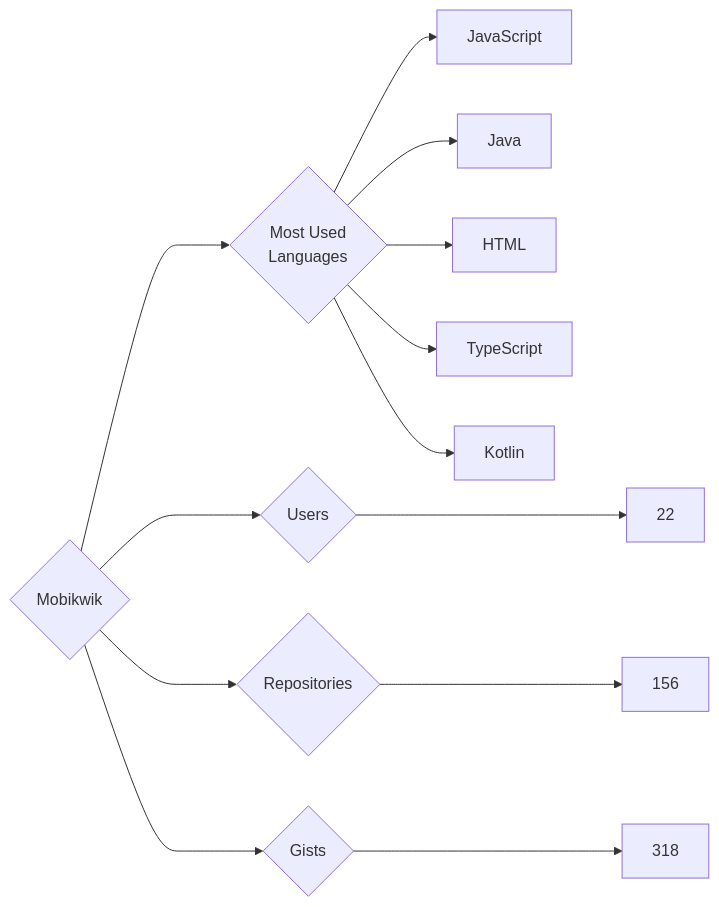
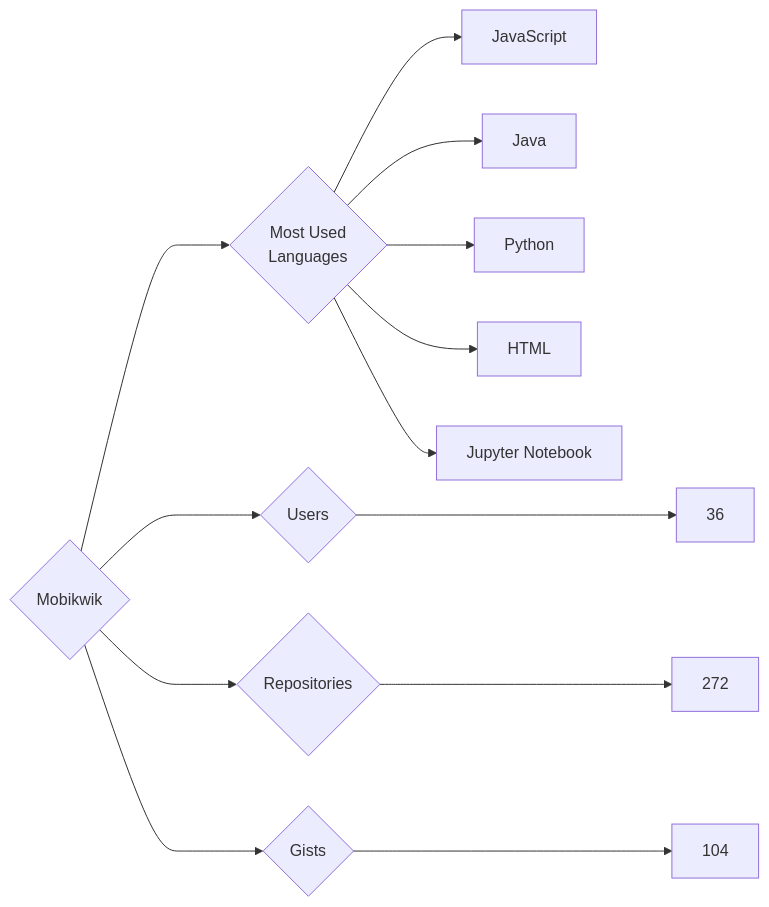
One commit to trickest/insiders changed the diagram in targets/Mobikwik/README.md. Above: the diagram before and after it, drawn with Mermaid. The commit also changed 835 other files, not shown here.

````diff
--- a/targets/Mobikwik/README.md
+++ b/targets/Mobikwik/README.md
@@ -3,13 +3,13 @@
 ```mermaid
 graph LR
 COMPANY_NAME{Mobikwik}
-COMPANY_NAME ---> U{Users} ---> UN[22]
-COMPANY_NAME ---> R{Repositories} ---> RN[156]
-COMPANY_NAME ---> G{Gists} ---> GN[318]
+COMPANY_NAME ---> U{Users} ---> UN[36]
+COMPANY_NAME ---> R{Repositories} ---> RN[272]
+COMPANY_NAME ---> G{Gists} ---> GN[104]
 COMPANY_NAME ---> ML{Most Used<br>Languages}
 ML --> JavaScript[JavaScript]
 ML --> Java[Java]
+ML --> Python[Python]
 ML --> HTML[HTML]
-ML --> TypeScript[TypeScript]
-ML --> Kotlin[Kotlin]
+ML --> Jupyter_Notebook[Jupyter Notebook]
 ```
````
